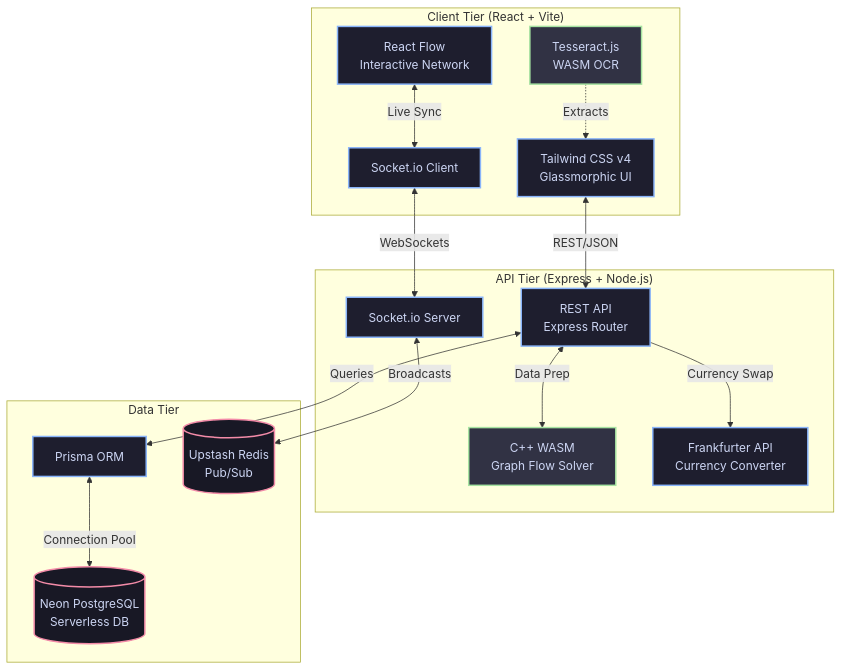
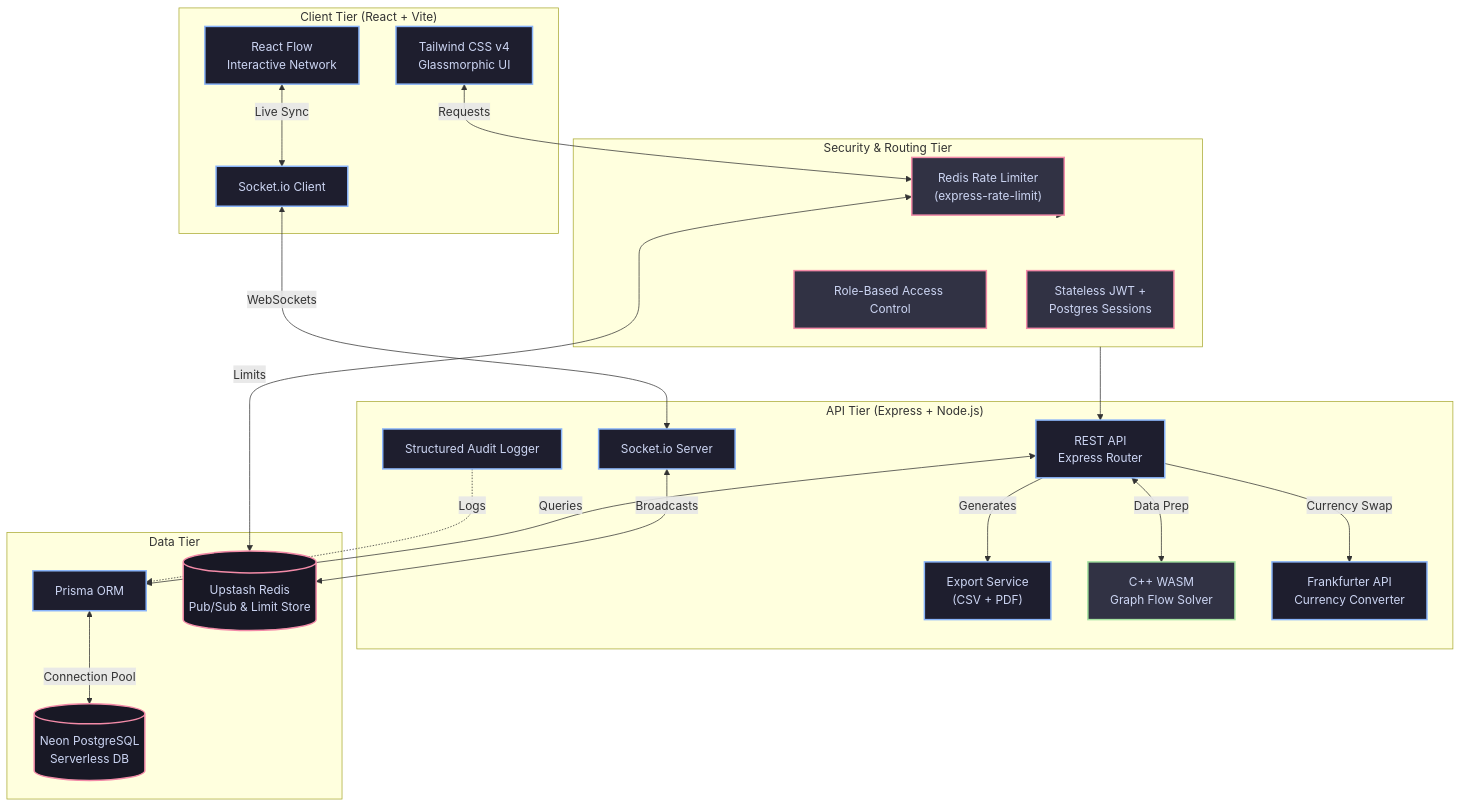
Before and after one commit to SanishKumar/Cashflow: the diagram in README.md, drawn with Mermaid. The commit also changed other lines of this file, not shown here.

Commit message:
docs: update architecture documentation to reflect security, auditing, and export feature additions

````diff
--- a/README.md
+++ b/README.md
@@ -26,43 +28,58 @@
 ```mermaid
 graph TD
     subgraph Client["Client Tier (React + Vite)"]
         UI["Tailwind CSS v4\nGlassmorphic UI"]
-        OCR["Tesseract.js\nWASM OCR"]
         WS_C["Socket.io Client"]
         Graph["React Flow\nInteractive Network"]
+    end
+
+    subgraph Security["Security & Routing Tier"]
+        Rate["Redis Rate Limiter\n(express-rate-limit)"]
+        Auth["Stateless JWT +\nPostgres Sessions"]
+        RBAC["Role-Based Access Control"]
     end
 
     subgraph Server["API Tier (Express + Node.js)"]
         API["REST API\nExpress Router"]
         WS_S["Socket.io Server"]
+        Audit["Structured Audit Logger"]
+        Export["Export Service\n(CSV + PDF)"]
         Solver["C++ WASM\nGraph Flow Solver"]
         Cur["Frankfurter API\nCurrency Converter"]
     end
 
     subgraph Data["Data Tier"]
         DB[(Neon PostgreSQL\nServerless DB)]
         ORM["Prisma ORM"]
-        Redis[("Upstash Redis\nPub/Sub")]
+        Redis[("Upstash Redis\nPub/Sub & Limit Store")]
     end
 
     %% Connections
-    UI <--> |REST/JSON| API
-    OCR -.-> |Extracts| UI
+    UI <--> |Requests| Rate
+    Rate --> Security
+    Security --> API
+    
     Graph <--> |Live Sync| WS_C
     WS_C <--> |WebSockets| WS_S
     
     API <--> |Queries| ORM
+    Audit -.-> |Logs| ORM
+    
     WS_S <--> |Broadcasts| Redis
+    Rate <--> |Limits| Redis
     
     API --> |Currency Swap| Cur
     API <--> |Data Prep| Solver
+    API --> |Generates| Export
     
     ORM <--> |Connection Pool| DB
     
     classDef default fill:#1e1e2e,stroke:#89b4fa,stroke-width:2px,color:#cdd6f4;
     classDef database fill:#181825,stroke:#f38ba8,stroke-width:2px,color:#cdd6f4;
+    classDef security fill:#313244,stroke:#f38ba8,stroke-width:2px,color:#cdd6f4;
     classDef algorithm fill:#313244,stroke:#a6e3a1,stroke-width:2px,color:#cdd6f4;
     
     class DB,Redis database;
-    class Solver,OCR algorithm;
+    class Rate,Auth,RBAC security;
+    class Solver algorithm;
 ```
````
